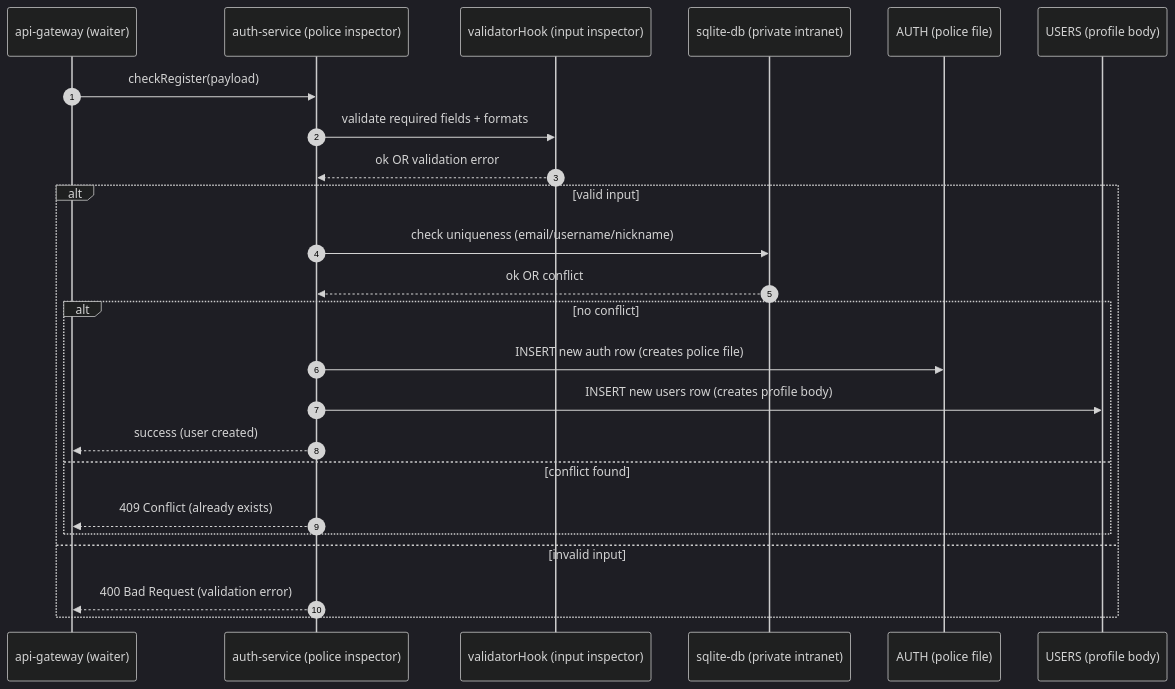
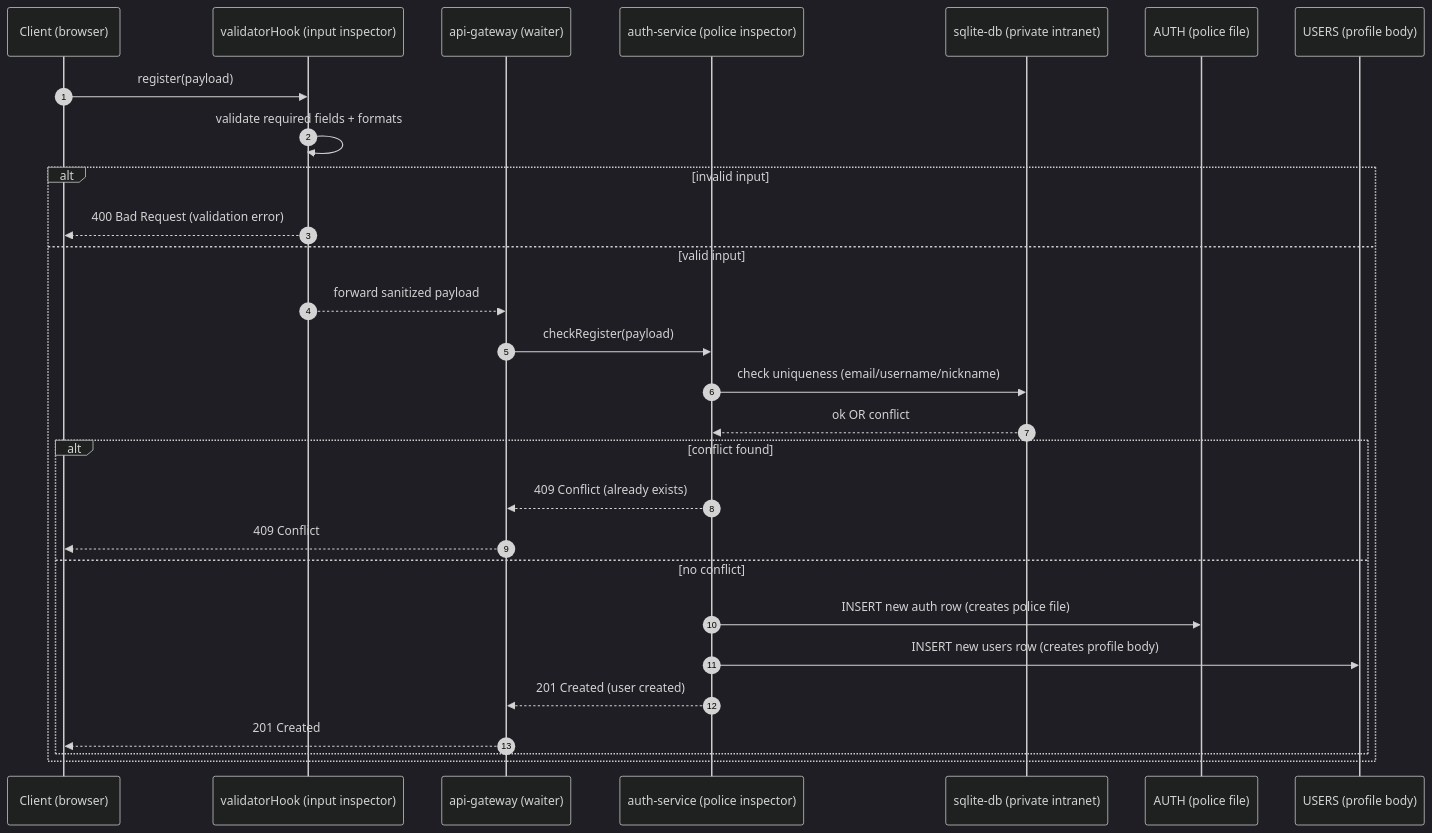
Before and after one commit to oJonasRtz/transcendence: the fifth of 12 diagrams in final/auth-service/DOCUMENTATION_AUTH_SERVICE.md, drawn with Mermaid (dark theme). The commit also changed other lines of this file, not shown here.

Commit message:
fix auth-service all mermaids

````diff
--- a/final/auth-service/DOCUMENTATION_AUTH_SERVICE.md
+++ b/final/auth-service/DOCUMENTATION_AUTH_SERVICE.md
@@ -246,28 +246,34 @@
 ```mermaid
 sequenceDiagram
   autonumber
+  participant C as Client (browser)
+  participant V as validatorHook (input inspector)
   participant W as api-gateway (waiter)
   participant P as auth-service (police inspector)
-  participant V as validatorHook (input inspector)
   participant DB as sqlite-db (private intranet)
   participant A as AUTH (police file)
   participant U as USERS (profile body)
 
-  W->>P: checkRegister(payload)
-  P->>V: validate required fields + formats
-  V-->>P: ok OR validation error
+  C->>V: register(payload)
+  V->>V: validate required fields + formats
 
-  alt valid input
+  alt invalid input
+    V-->>C: 400 Bad Request (validation error)
+  else valid input
+    V-->>W: forward sanitized payload
+    W->>P: checkRegister(payload)
+
     P->>DB: check uniqueness (email/username/nickname)
     DB-->>P: ok OR conflict
-    alt no conflict
+
+    alt conflict found
+      P-->>W: 409 Conflict (already exists)
+      W-->>C: 409 Conflict
+    else no conflict
       P->>A: INSERT new auth row (creates police file)
       P->>U: INSERT new users row (creates profile body)
-      P-->>W: success (user created)
-    else conflict found
-      P-->>W: 409 Conflict (already exists)
+      P-->>W: 201 Created (user created)
+      W-->>C: 201 Created
     end
-  else invalid input
-    P-->>W: 400 Bad Request (validation error)
   end
 ```
````
